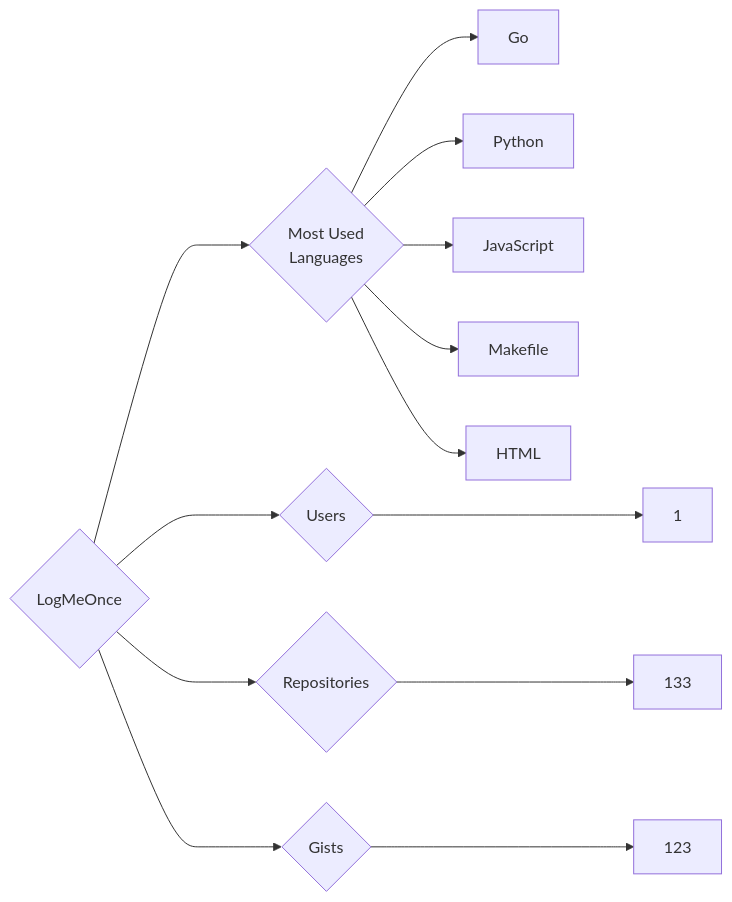
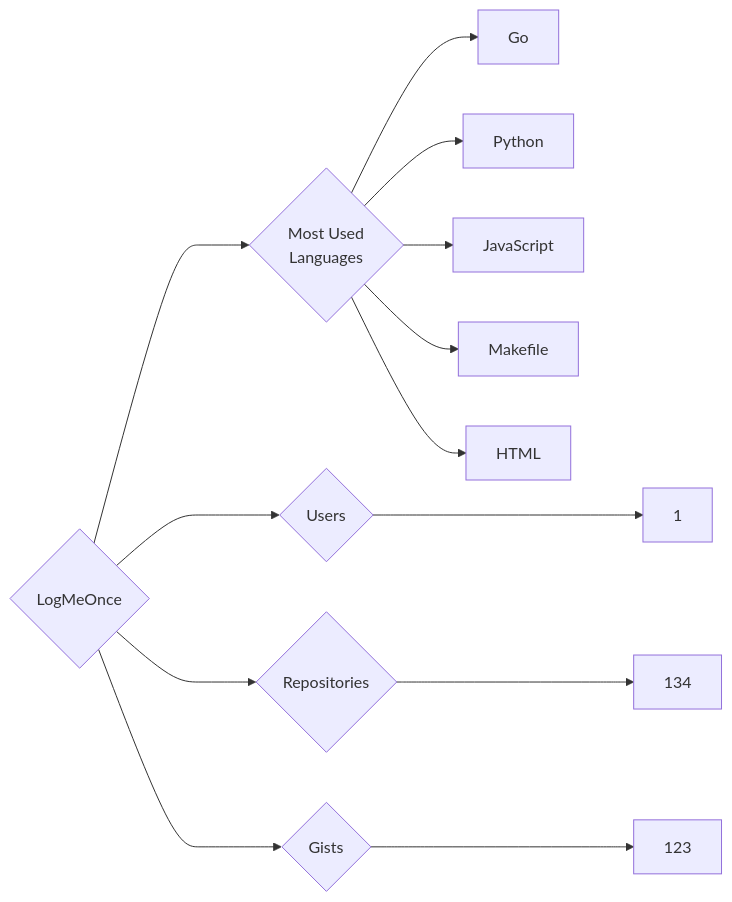
Before and after one commit to trickest/insiders: the diagram in targets/LogMeOnce/README.md, drawn with Mermaid. The commit also changed 944 other files, not shown here.

````diff
--- a/targets/LogMeOnce/README.md
+++ b/targets/LogMeOnce/README.md
@@ -3,13 +3,13 @@
 ```mermaid
 graph LR
 COMPANY_NAME{LogMeOnce}
 COMPANY_NAME ---> U{Users} ---> UN[1]
-COMPANY_NAME ---> R{Repositories} ---> RN[133]
+COMPANY_NAME ---> R{Repositories} ---> RN[134]
 COMPANY_NAME ---> G{Gists} ---> GN[123]
 COMPANY_NAME ---> ML{Most Used<br>Languages}
 ML --> Go[Go]
 ML --> Python[Python]
 ML --> JavaScript[JavaScript]
 ML --> Makefile[Makefile]
 ML --> HTML[HTML]
 ```
````
